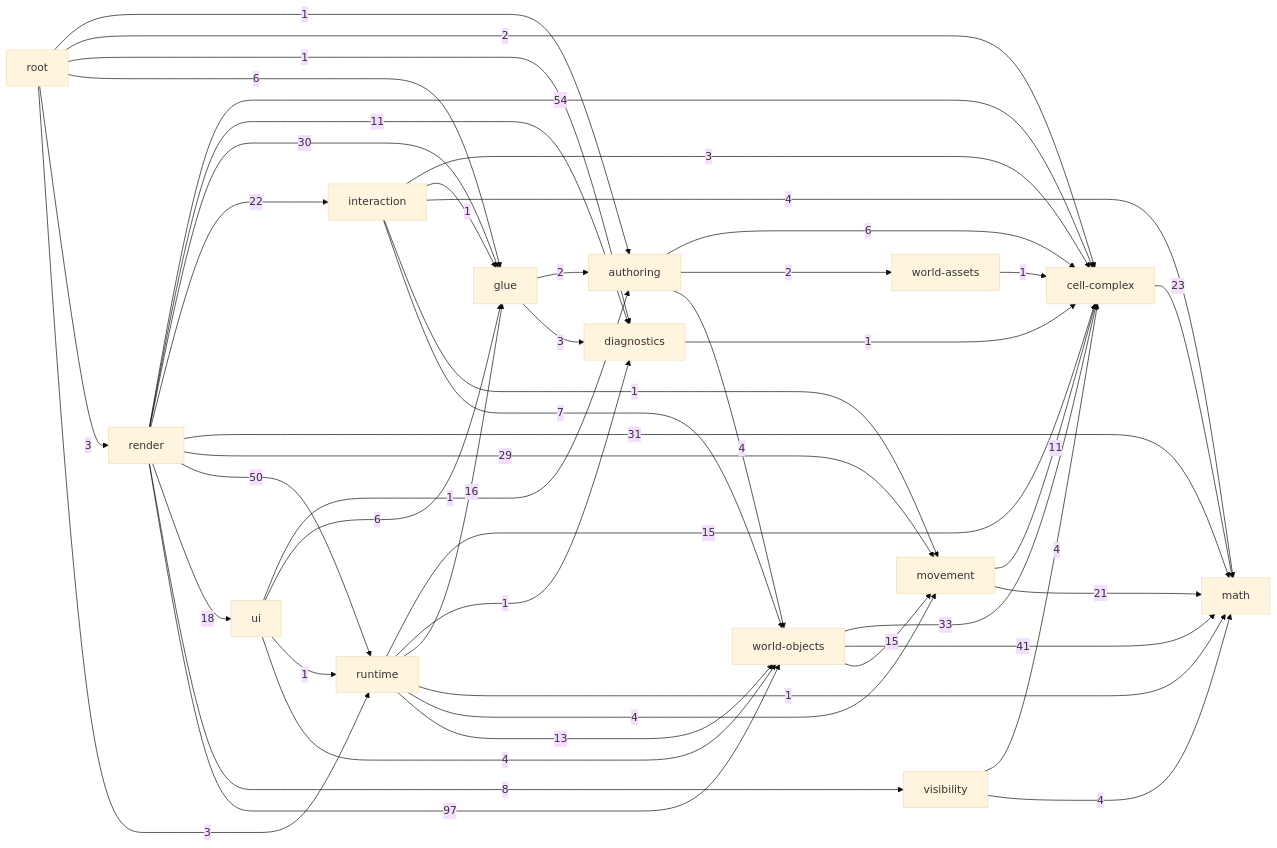
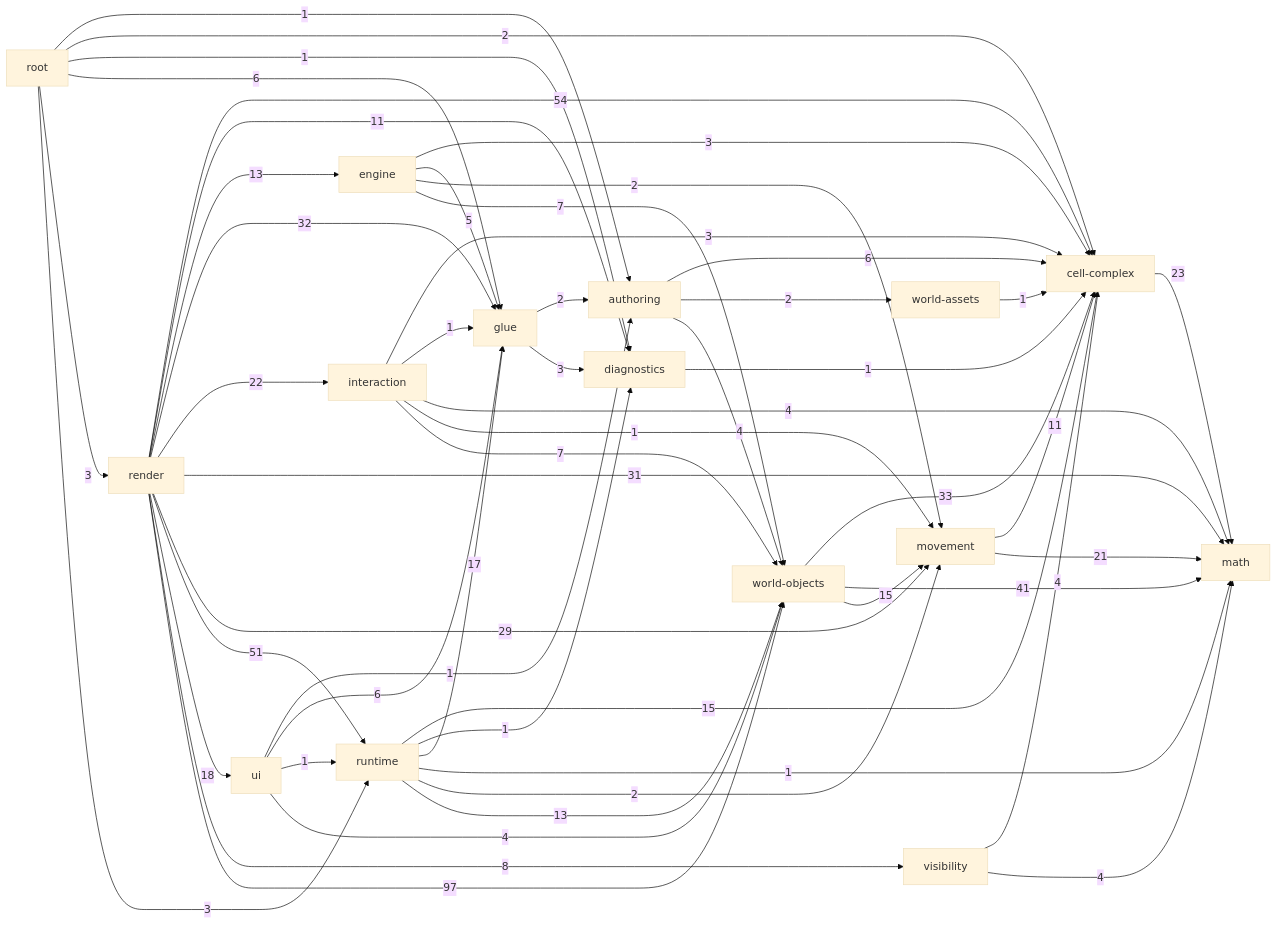
Before and after one commit to guraltsev/noneuclid-fpv: the diagram in _docs/generated/ARCHITECTURE_REFERENCE.md, drawn with Mermaid (base theme). The commit also changed other lines of this file and 56 other files, not shown here.

First line of the commit message:
Split the client session from the world engine; the shell publishes the body, asks the world for tools (job 49 steps 2-5)

````diff
--- a/_docs/generated/ARCHITECTURE_REFERENCE.md
+++ b/_docs/generated/ARCHITECTURE_REFERENCE.md
@@ -35,63 +36,69 @@
 ```mermaid
 flowchart LR
   math["math"]
   cell_complex["cell-complex"]
   diagnostics["diagnostics"]
   visibility["visibility"]
   movement["movement"]
   world_assets["world-assets"]
   world_objects["world-objects"]
   authoring["authoring"]
   glue["glue"]
   interaction["interaction"]
+  engine["engine"]
   runtime["runtime"]
   ui["ui"]
   render["render"]
   root["root"]
   authoring -->|6| cell_complex
   authoring -->|2| world_assets
   authoring -->|4| world_objects
   cell_complex -->|23| math
   diagnostics -->|1| cell_complex
+  engine -->|3| cell_complex
+  engine -->|5| glue
+  engine -->|2| movement
+  engine -->|7| world_objects
   glue -->|2| authoring
   glue -->|3| diagnostics
   interaction -->|3| cell_complex
   interaction -->|1| glue
   interaction -->|4| math
   interaction -->|1| movement
   interaction -->|7| world_objects
   movement -->|11| cell_complex
   movement -->|21| math
   render -->|54| cell_complex
   render -->|11| diagnostics
-  render -->|30| glue
+  render -->|13| engine
+  render -->|32| glue
   render -->|22| interaction
   render -->|31| math
   render -->|29| movement
-  render -->|50| runtime
+  render -->|51| runtime
   render -->|18| ui
   render -->|8| visibility
   render -->|97| world_objects
   root -->|1| authoring
   root -->|2| cell_complex
   root -->|1| diagnostics
   root -->|6| glue
   root -->|3| render
   root -->|3| runtime
   runtime -->|15| cell_complex
   runtime -->|1| diagnostics
-  runtime -->|16| glue
+  runtime -->|17| glue
   runtime -->|1| math
-  runtime -->|4| movement
+  runtime -->|2| movement
   runtime -->|13| world_objects
   ui -->|1| authoring
   ui -->|6| glue
   ui -->|1| runtime
   ui -->|4| world_objects
   visibility -->|4| cell_complex
   visibility -->|4| math
   world_assets -->|1| cell_complex
   world_objects -->|33| cell_complex
   world_objects -->|41| math
   world_objects -->|15| movement
 ```
````
